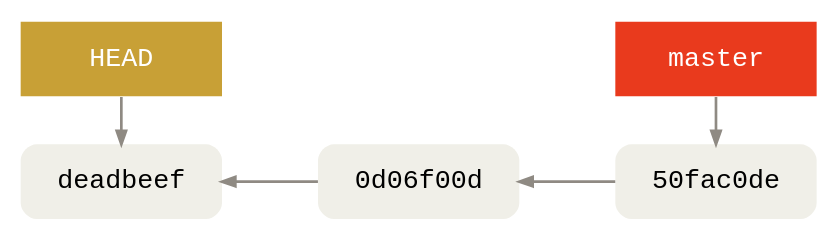
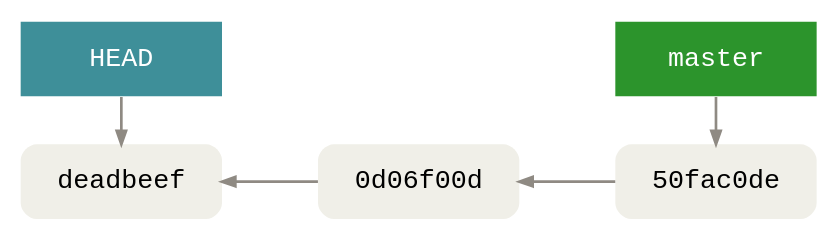
The diagram in images/branching/8-detached-HEAD.gv (agross/git-reveal), drawn with Graphviz before and after one commit. The commit also changed 86 other files, not shown here.

```diff
--- a/images/branching/8-detached-HEAD.gv
+++ b/images/branching/8-detached-HEAD.gv
@@ -1,47 +1,47 @@
 digraph Git {
   bgcolor="transparent"
 
   rankdir=LR
   ranksep=1
   nodesep=.5
 
   edge [color="#8f8a83"
         penwidth=2
         dir="back"]
   node [shape=box
         fontname="Menlo, Monaco, Consolas, Lucida Console, Courier New, monospace"
         fontsize=20
         margin=".2,.23"
         width=2.1
         penwidth=0]
 
   node [style="rounded,filled"
         fillcolor="#f0efe8"]
   A [label="deadbeef"]
   B [label="0d06f00d"]
   C [label="50fac0de"]
 
   node [style="filled"
         fontcolor="#ffffff"
-        fillcolor="#e93a1d"]
-  HEAD [fillcolor="#c8a036"]
+        fillcolor="#2c942c"]
+  HEAD [fillcolor="#3e8f99"]
 
   A -> B -> C
 
   subgraph cluster_HEAD {
     color=invis
     {
       rank=same
       A -> HEAD
     }
   }
 
   subgraph cluster_master {
     style=invis
 
     {
       rank=same
       C -> master
     }
   }
 }
```
